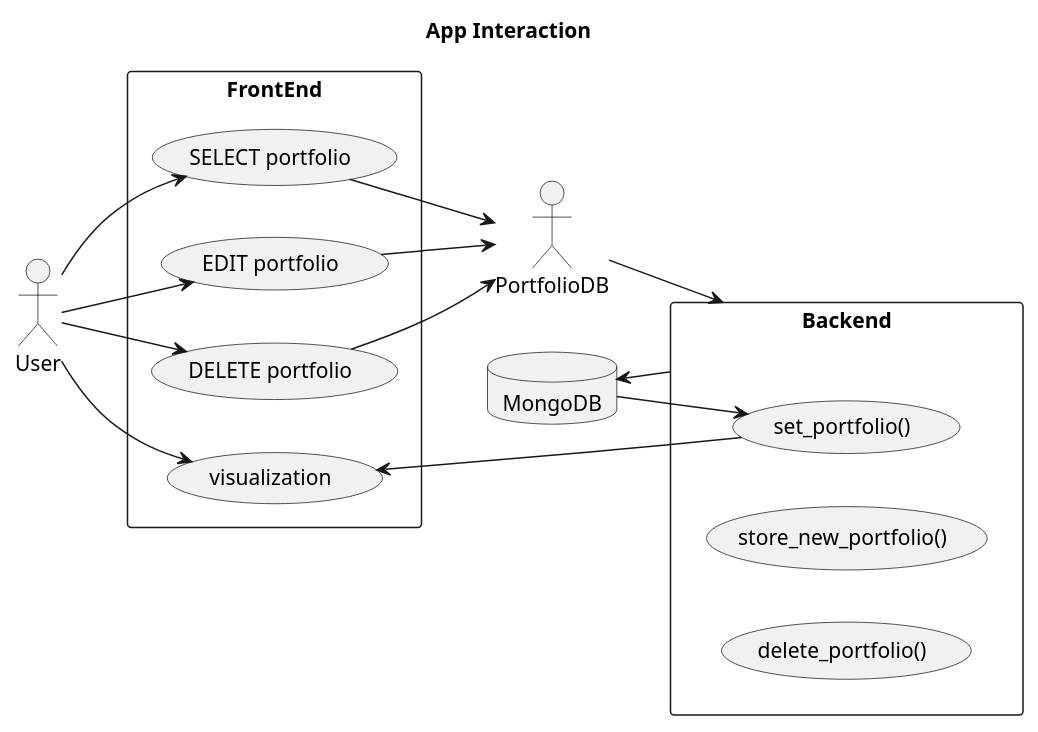
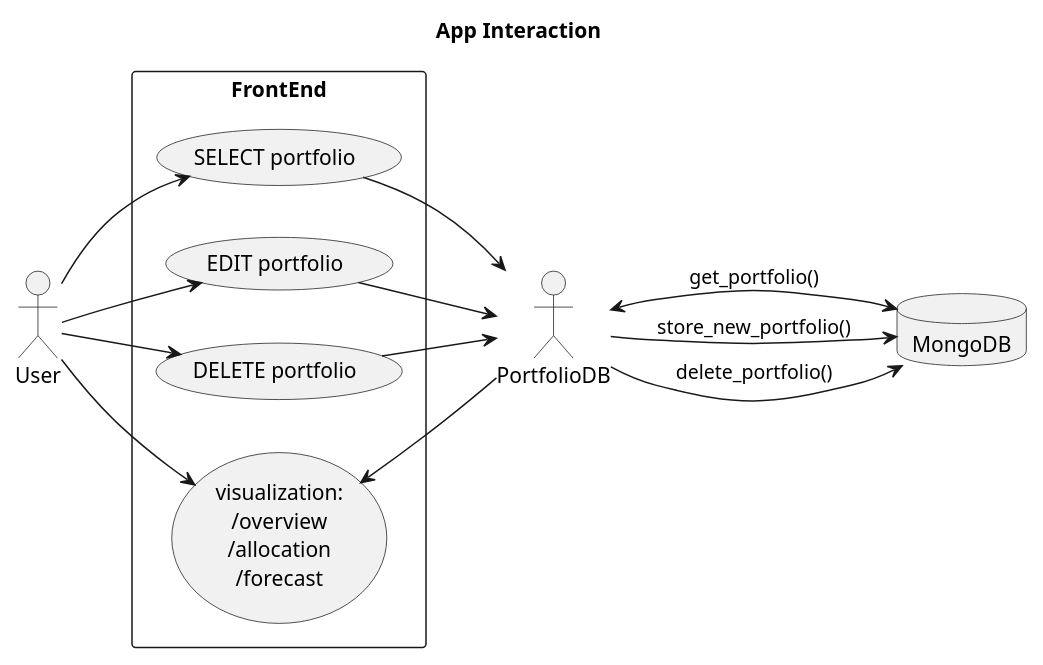
One commit to andreariba/Portfolio_app changed the diagram in docs/app.puml. Above: the diagram before and after it, drawn with PlantUML.

Commit message:
adding UML docs

```diff
--- a/docs/app.puml
+++ b/docs/app.puml
@@ -1,41 +1,34 @@
 @startuml
 title "App Interaction"
 
 left to right direction
 
 actor "User" as user
 
 rectangle FrontEnd {
     usecase "SELECT portfolio" as select
     usecase "EDIT portfolio" as edit
     usecase "DELETE portfolio" as delete
-    usecase "visualization" as visualize
+    usecase "visualization:\n/overview\n/allocation\n/forecast" as visualize
 }
 
 actor "PortfolioDB" as App
-
-rectangle Backend {
-  usecase "set_portfolio()" as back_set
-  usecase "store_new_portfolio()" as back_store
-  usecase "delete_portfolio()" as back_delete
-}
 
 database "MongoDB" as db
 
 user --> select
 user --> edit
 user --> delete
 user --> visualize
 
 select --> App
 edit --> App
 delete --> App
 
-App --> Backend
+App <--> db : "get_portfolio()"
+App --> db : "store_new_portfolio()"
+App --> db : "delete_portfolio()"
 
-Backend --> db
-db --> back_set
-
-back_set --> visualize
+App --> visualize
 
 @enduml
```
